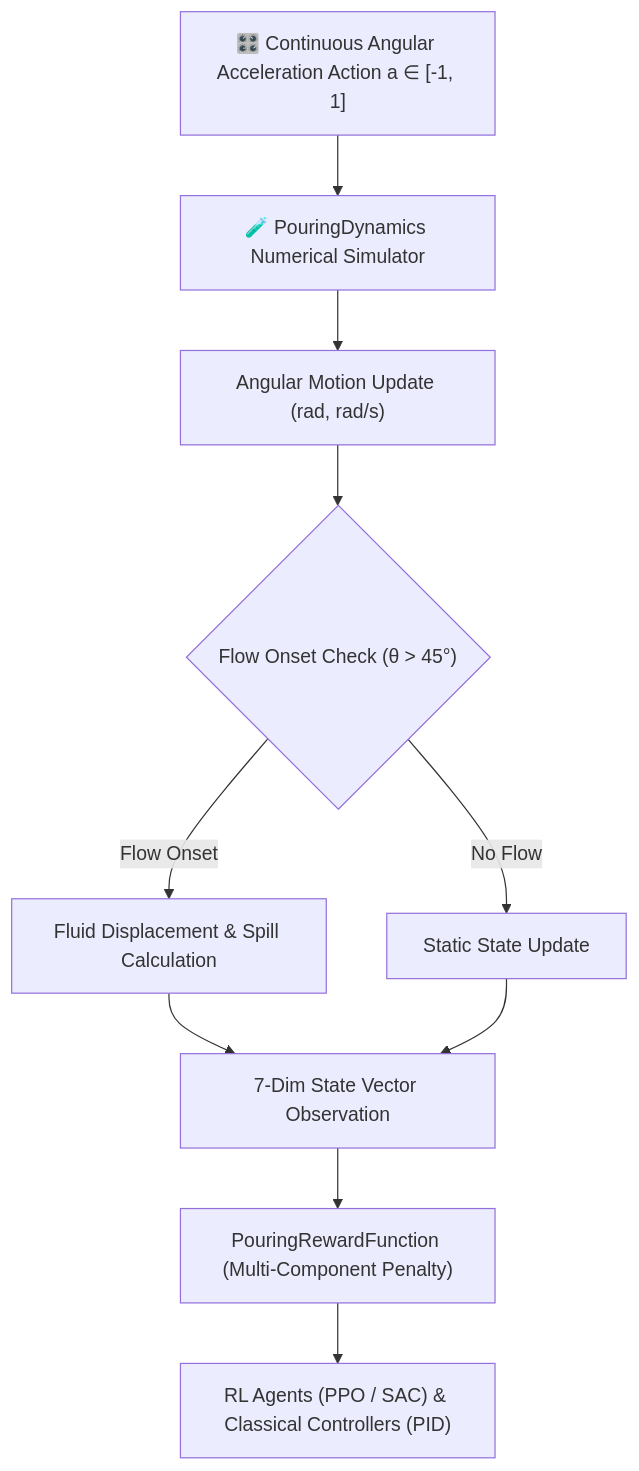
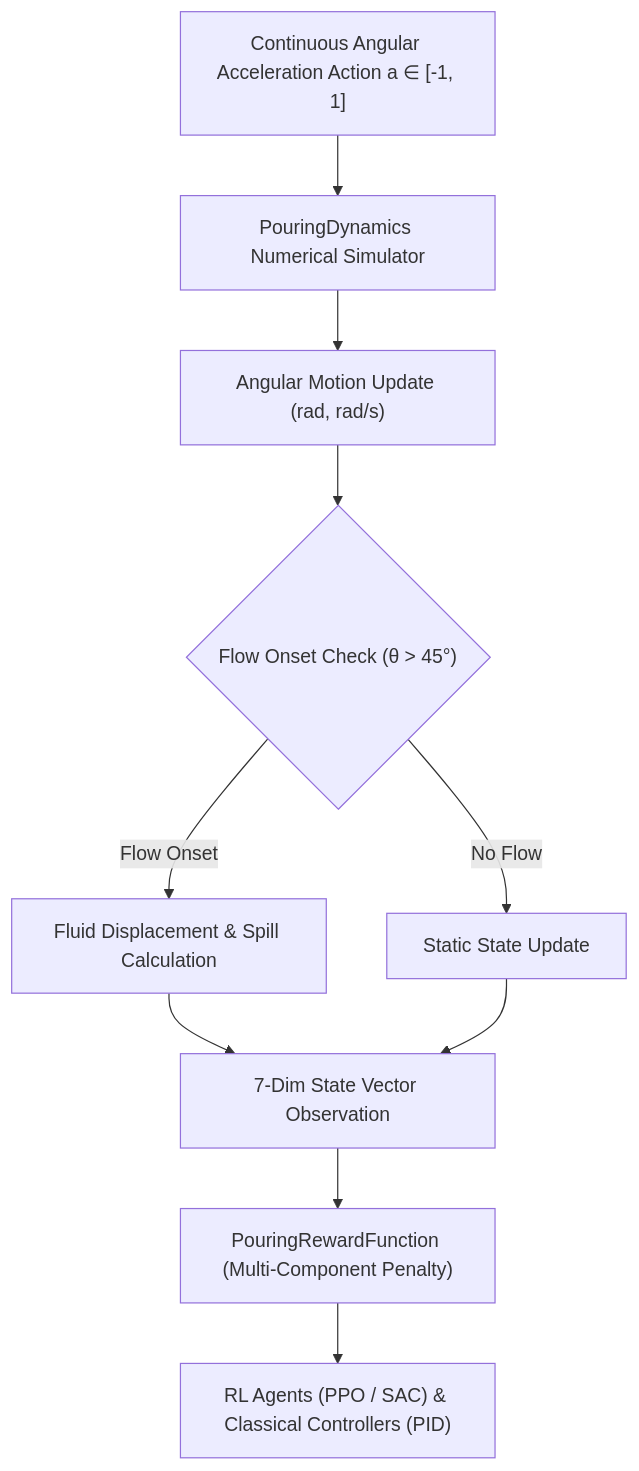
One commit to shivangisrivastava013/Robotic-Pouring-Motion-Control changed the diagram in README.md. Above: the diagram before and after it, drawn with Mermaid. The commit also changed other lines of this file, not shown here.

````diff
--- a/README.md
+++ b/README.md
@@ -15,12 +23,12 @@
 ```mermaid
 flowchart TD
-    A["🎛️ Continuous Angular Acceleration Action a ∈ [-1, 1]"] --> B["🧪 PouringDynamics Numerical Simulator"]
+    A["Continuous Angular Acceleration Action a ∈ [-1, 1]"] --> B["PouringDynamics Numerical Simulator"]
     B --> C["Angular Motion Update (rad, rad/s)"]
     C --> D{"Flow Onset Check (θ > 45°)"}
     D -->|"Flow Onset"| E["Fluid Displacement & Spill Calculation"]
     D -->|"No Flow"| F["Static State Update"]
     E --> G["7-Dim State Vector Observation"]
     F --> G
     G --> H["PouringRewardFunction (Multi-Component Penalty)"]
     H --> I["RL Agents (PPO / SAC) & Classical Controllers (PID)"]
 ```
````
